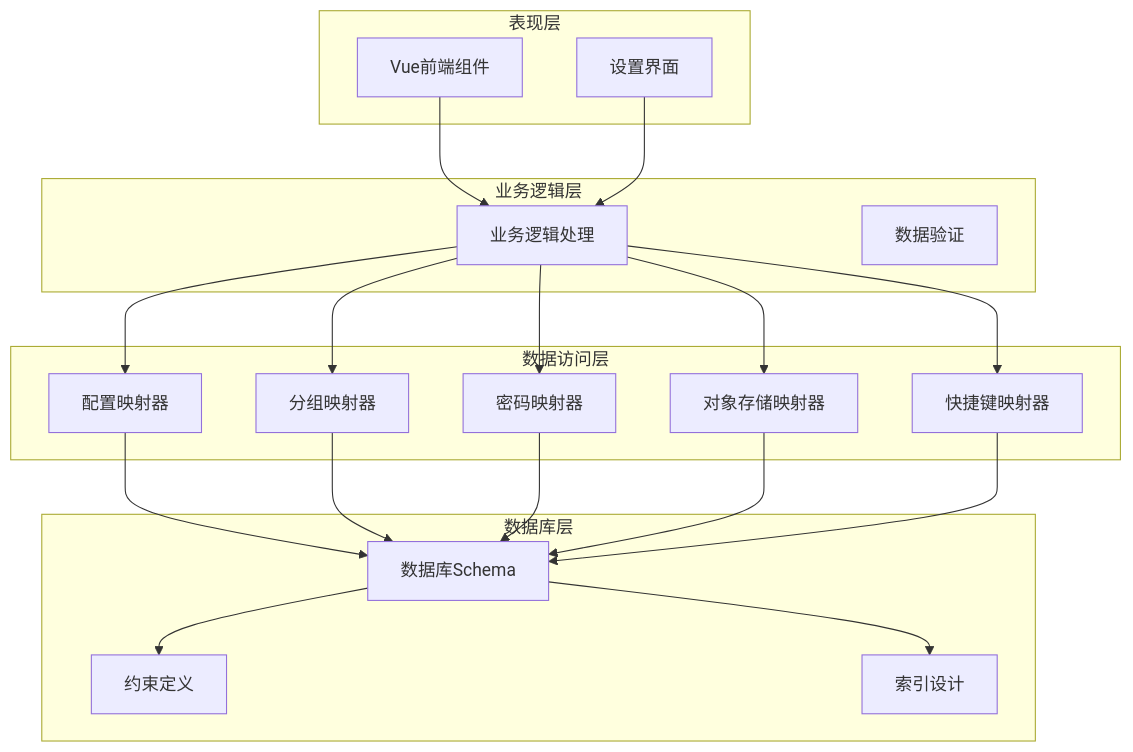
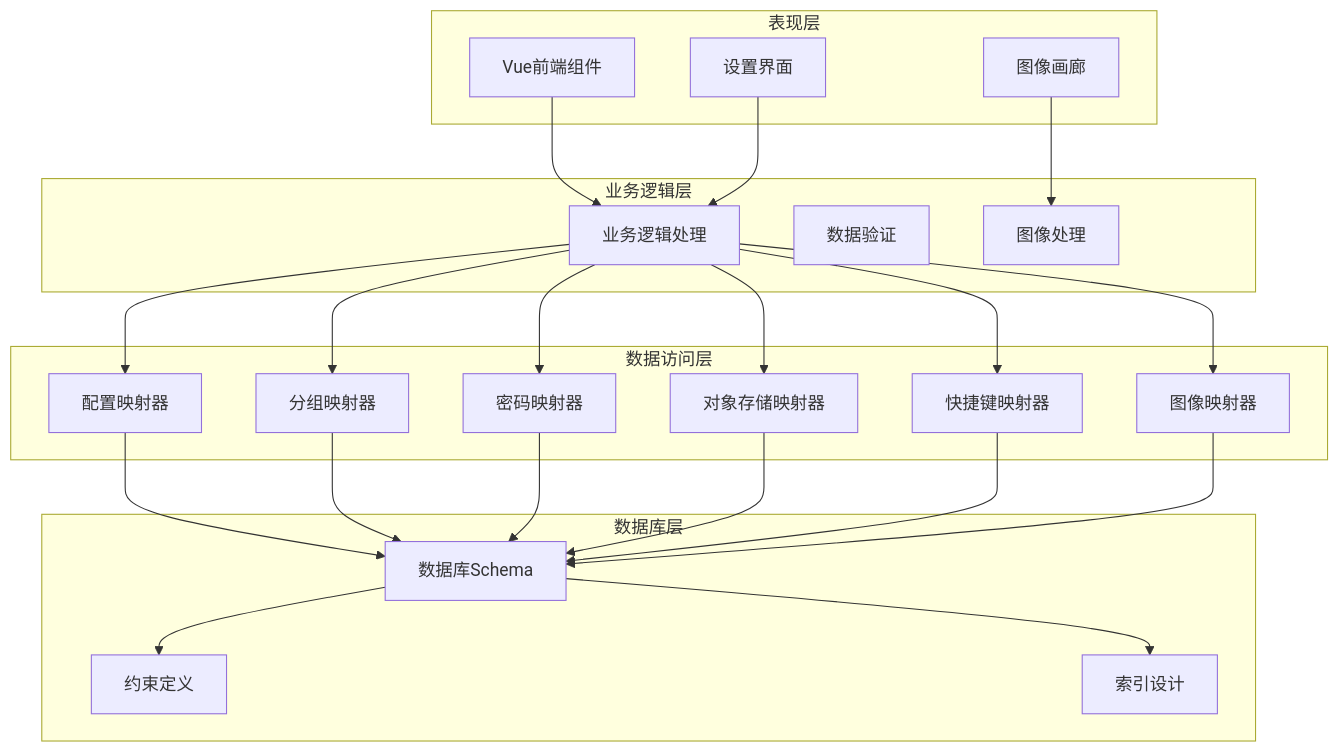
The second of 10 diagrams in .qoder/repowiki/zh/content/数据库系统/表结构设计.md (scgithub3220216/password-manager), drawn with Mermaid before and after one commit. The commit also changed other lines of this file and 9 other files, not shown here.

First line of the commit message:
feat(sync): 新增图像数据同步支持

````diff
--- a/.qoder/repowiki/zh/content/数据库系统/表结构设计.md
+++ b/.qoder/repowiki/zh/content/数据库系统/表结构设计.md
@@ -100,37 +112,43 @@
 ```mermaid
 graph TB
 subgraph "表现层"
 Frontend[Vue前端组件]
 Settings[设置界面]
+ImageGallery[图像画廊]
 end
 subgraph "业务逻辑层"
 Business[业务逻辑处理]
 Validation[数据验证]
+ImageProcessing[图像处理]
 end
 subgraph "数据访问层"
 ConfigMapper[配置映射器]
 GroupMapper[分组映射器]
 PwdMapper[密码映射器]
 OSSMapper[对象存储映射器]
 ShortcutMapper[快捷键映射器]
+ImageMapper[图像映射器]
 end
 subgraph "数据库层"
 Schema[数据库Schema]
 Constraints[约束定义]
 Indexes[索引设计]
 end
 Frontend --> Business
 Settings --> Business
+ImageGallery --> ImageProcessing
 Business --> ConfigMapper
 Business --> GroupMapper
 Business --> PwdMapper
 Business --> OSSMapper
 Business --> ShortcutMapper
+Business --> ImageMapper
 ConfigMapper --> Schema
 GroupMapper --> Schema
 PwdMapper --> Schema
 OSSMapper --> Schema
 ShortcutMapper --> Schema
+ImageMapper --> Schema
 Schema --> Constraints
 Schema --> Indexes
 ```
````
